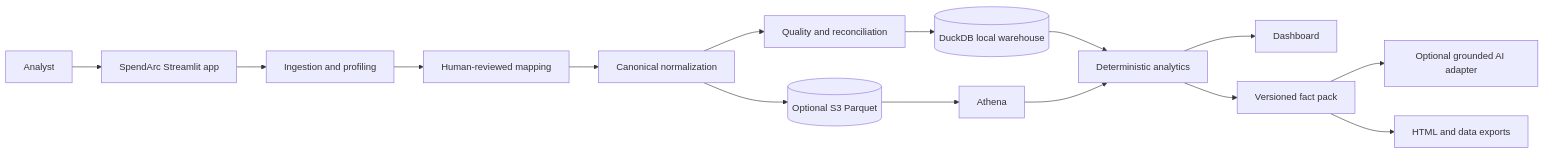
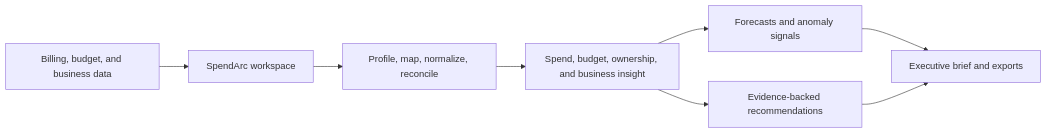
One commit to ndomathoti16-create/Metrora changed the diagram in README.md. Above: the diagram before and after it, drawn with Mermaid. The commit also changed other lines of this file, not shown here.

````diff
--- a/README.md
+++ b/README.md
@@ -40,17 +60,10 @@
 ```mermaid
 flowchart LR
-    U[Analyst] --> UI[SpendArc Streamlit app]
-    UI --> ING[Ingestion and profiling]
-    ING --> MAP[Human-reviewed mapping]
-    MAP --> NORM[Canonical normalization]
-    NORM --> QA[Quality and reconciliation]
-    QA --> DB[(DuckDB local warehouse)]
-    DB --> MET[Deterministic analytics]
-    MET --> VIZ[Dashboard]
-    MET --> FP[Versioned fact pack]
-    FP --> AI[Optional grounded AI adapter]
-    FP --> EXP[HTML and data exports]
-    NORM --> S3[(Optional S3 Parquet)]
-    S3 --> ATH[Athena]
-    ATH --> MET
+    SOURCES[Billing, budget, and business data] --> WORKSPACE[SpendArc workspace]
+    WORKSPACE --> TRUST[Profile, map, normalize, reconcile]
+    TRUST --> INSIGHT[Spend, budget, ownership, and business insight]
+    INSIGHT --> OUTLOOK[Forecasts and anomaly signals]
+    INSIGHT --> ACTION[Evidence-backed recommendations]
+    OUTLOOK --> BRIEF[Executive brief and exports]
+    ACTION --> BRIEF
 ```
````
